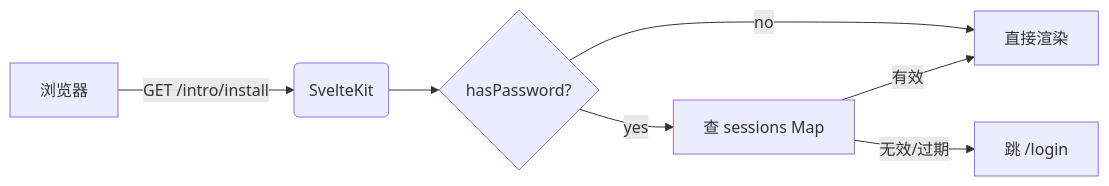
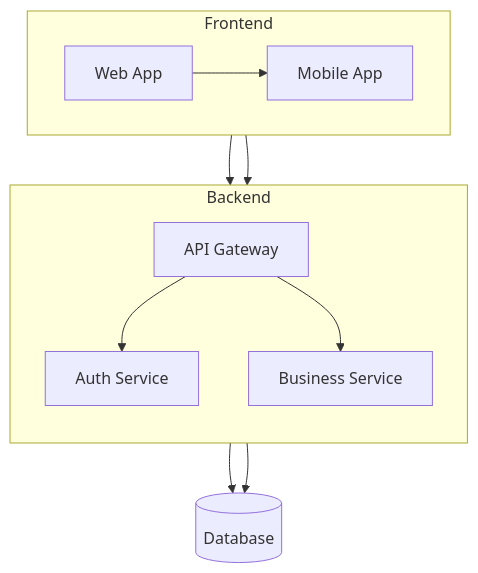
The third of 19 diagrams in docs/guide/authoring/mermaid.md (o7z/zdoc), drawn with Mermaid before and after one commit. The commit also changed other lines of this file and 5 other files, not shown here.

First line of the commit message:
feat: external links open in new tab, scope link preview to doc content, expand mermaid docs, add glossary

````diff
--- a/docs/guide/authoring/mermaid.md
+++ b/docs/guide/authoring/mermaid.md
@@ -5,9 +37,16 @@
 ```mermaid
-flowchart LR
-    A[浏览器] -->|GET /intro/install| B(SvelteKit)
-    B --> C{hasPassword?}
-    C -->|no| D[直接渲染]
-    C -->|yes| E[查 sessions Map]
-    E -->|有效| D
-    E -->|无效/过期| F[跳 /login]
+flowchart TB
+    subgraph Frontend
+        direction LR
+        A[Web App] --> B[Mobile App]
+    end
+    subgraph Backend
+        direction TB
+        C[API Gateway] --> D[Auth Service]
+        C --> E[Business Service]
+    end
+    B --> C
+    A --> C
+    D --> F[(Database)]
+    E --> F
 ```
````
